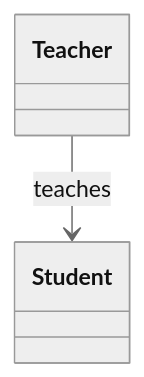
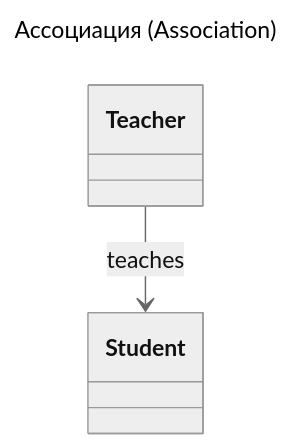
The seventh of 13 diagrams in software-engineer/notation/UML.md (mrtxee/enterprise-developer-almanac), drawn with Mermaid (neutral theme) before and after one commit. The commit also changed other lines of this file and 209 other files, not shown here.

````diff
--- a/software-engineer/notation/UML.md
+++ b/software-engineer/notation/UML.md
@@ -192,7 +192,10 @@
 ```mermaid
+---
+title: Ассоциация (Association)
+---
 classDiagram
     class Teacher
     class Student
     
     Teacher --> Student : teaches
 ```
````
